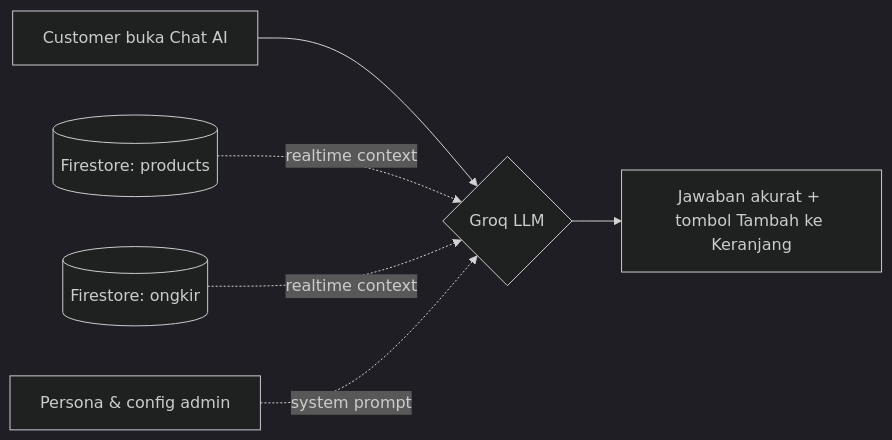
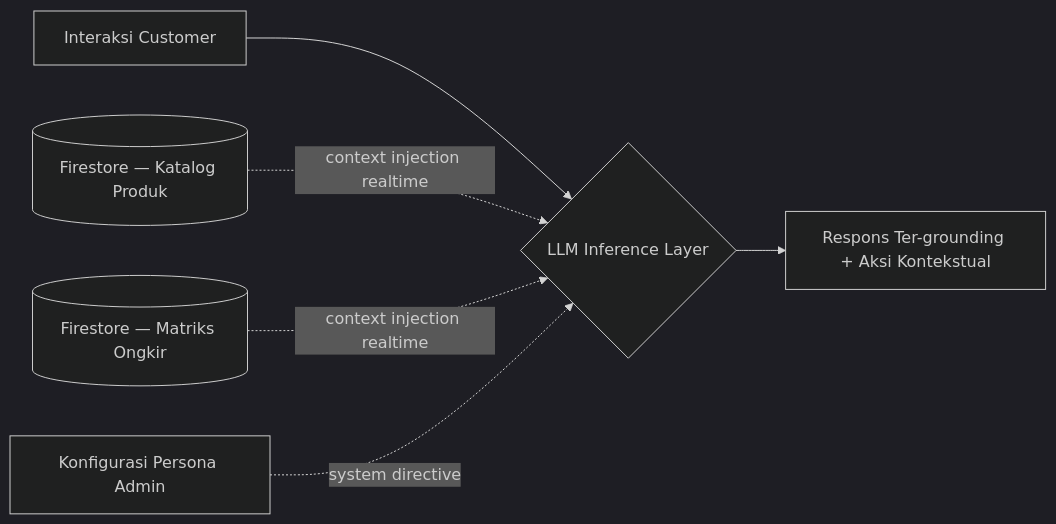
The diagram in README.md (riksan762-creator/Riksan-Dropshiper), drawn with Mermaid (dark theme) before and after one commit. The commit also changed other lines of this file, not shown here.

````diff
--- a/README.md
+++ b/README.md
@@ -50,8 +60,8 @@
 ```mermaid
 graph LR
-    A[Customer buka Chat AI] --> B{Groq LLM}
-    C[(Firestore: products)] -.realtime context.-> B
-    D[(Firestore: ongkir)] -.realtime context.-> B
-    E[Persona & config admin] -.system prompt.-> B
-    B --> F[Jawaban akurat + tombol Tambah ke Keranjang]
+    A[Interaksi Customer] --> B{LLM Inference Layer}
+    C[(Firestore — Katalog Produk)] -.context injection realtime.-> B
+    D[(Firestore — Matriks Ongkir)] -.context injection realtime.-> B
+    E[Konfigurasi Persona Admin] -.system directive.-> B
+    B --> F[Respons Ter-grounding + Aksi Kontekstual]
 ```
````
